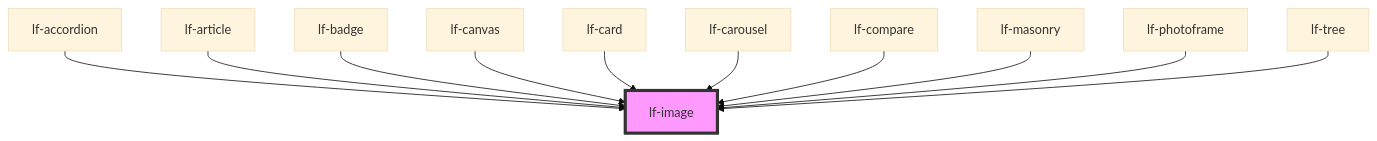
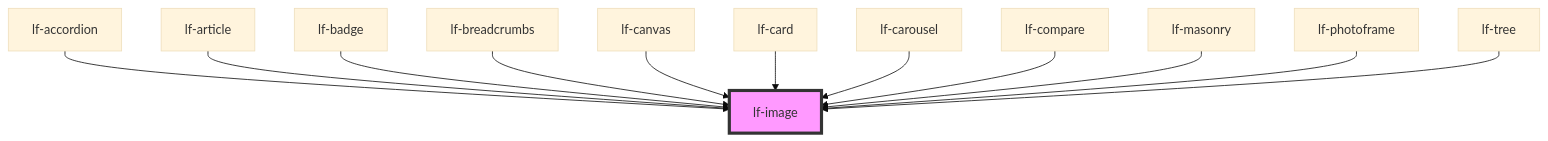
Before and after one commit to lucafoscili/lf-widgets: the diagram in packages/core/src/components/lf-image/readme.md, drawn with Mermaid (base theme). The commit also changed other lines of this file and 17 other files, not shown here.

````diff
--- a/packages/core/src/components/lf-image/readme.md
+++ b/packages/core/src/components/lf-image/readme.md
@@ -122,14 +123,15 @@
 ```mermaid
 graph TD;
   lf-accordion --> lf-image
   lf-article --> lf-image
   lf-badge --> lf-image
+  lf-breadcrumbs --> lf-image
   lf-canvas --> lf-image
   lf-card --> lf-image
   lf-carousel --> lf-image
   lf-compare --> lf-image
   lf-masonry --> lf-image
   lf-photoframe --> lf-image
   lf-tree --> lf-image
   style lf-image fill:#f9f,stroke:#333,stroke-width:4px
 ```
````
